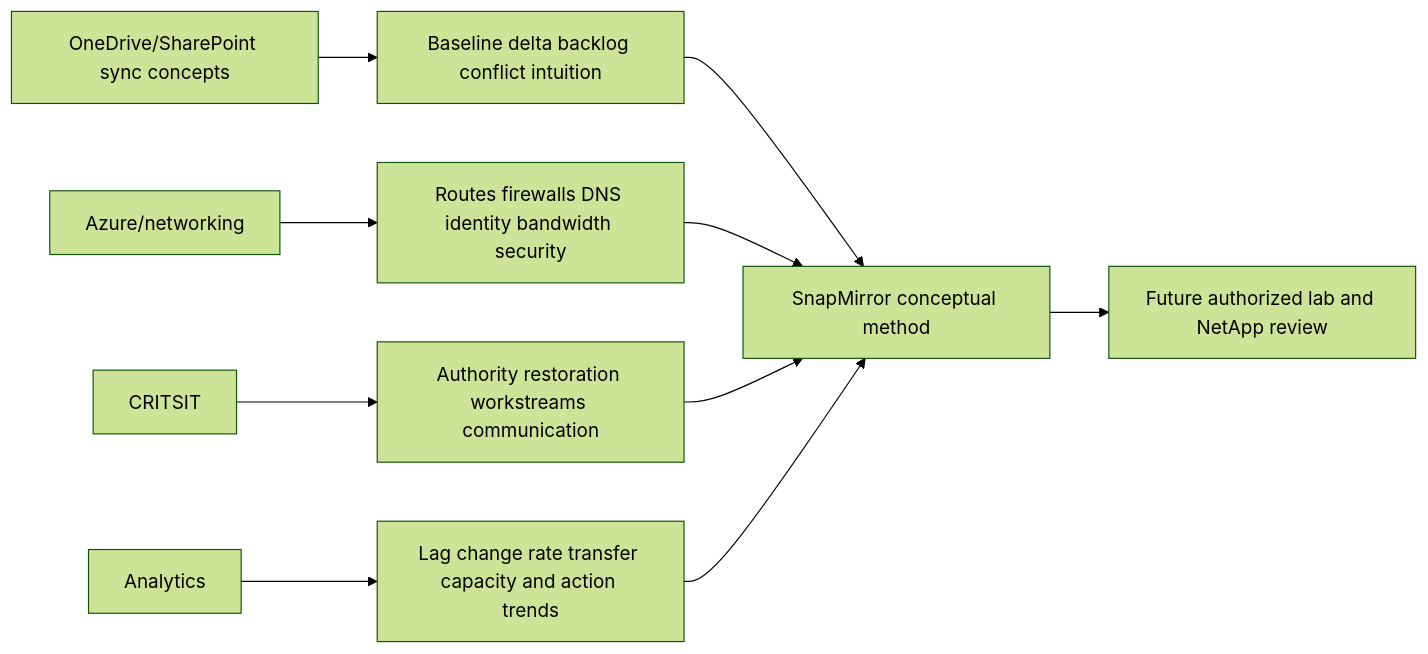
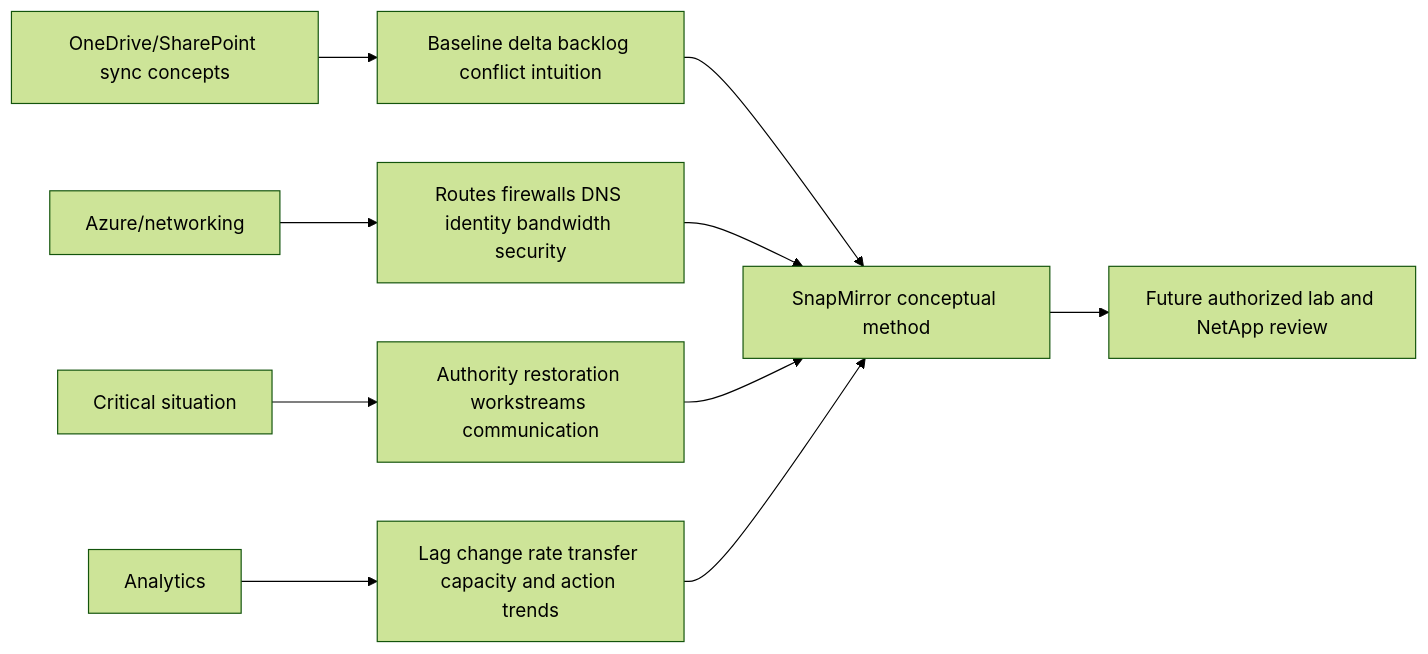
Before and after one commit to hichauhan-in/Interview-Prep: diagram 26 of 27 in NetApp TAM/prep/Part-36-snapmirror-replication-policies.md, drawn with Mermaid (forest theme). The commit also changed other lines of this file and 493 other files, not shown here.

````diff
--- a/NetApp TAM/prep/Part-36-snapmirror-replication-policies.md
+++ b/NetApp TAM/prep/Part-36-snapmirror-replication-policies.md
@@ -704,12 +704,12 @@
 ```mermaid
 flowchart LR
     OD[OneDrive/SharePoint sync concepts] --> DELTA[Baseline delta backlog conflict intuition]
     AZ[Azure/networking] --> PATH[Routes firewalls DNS identity bandwidth security]
-    CRIT[CRITSIT] --> DR[Authority restoration workstreams communication]
+    CRIT[Critical situation] --> DR[Authority restoration workstreams communication]
     BI[Analytics] --> TREND[Lag change rate transfer capacity and action trends]
     DELTA --> SM[SnapMirror conceptual method]
     PATH --> SM
     DR --> SM
     TREND --> SM
     SM --> LAB[Future authorized lab and NetApp review]
 ```
````
